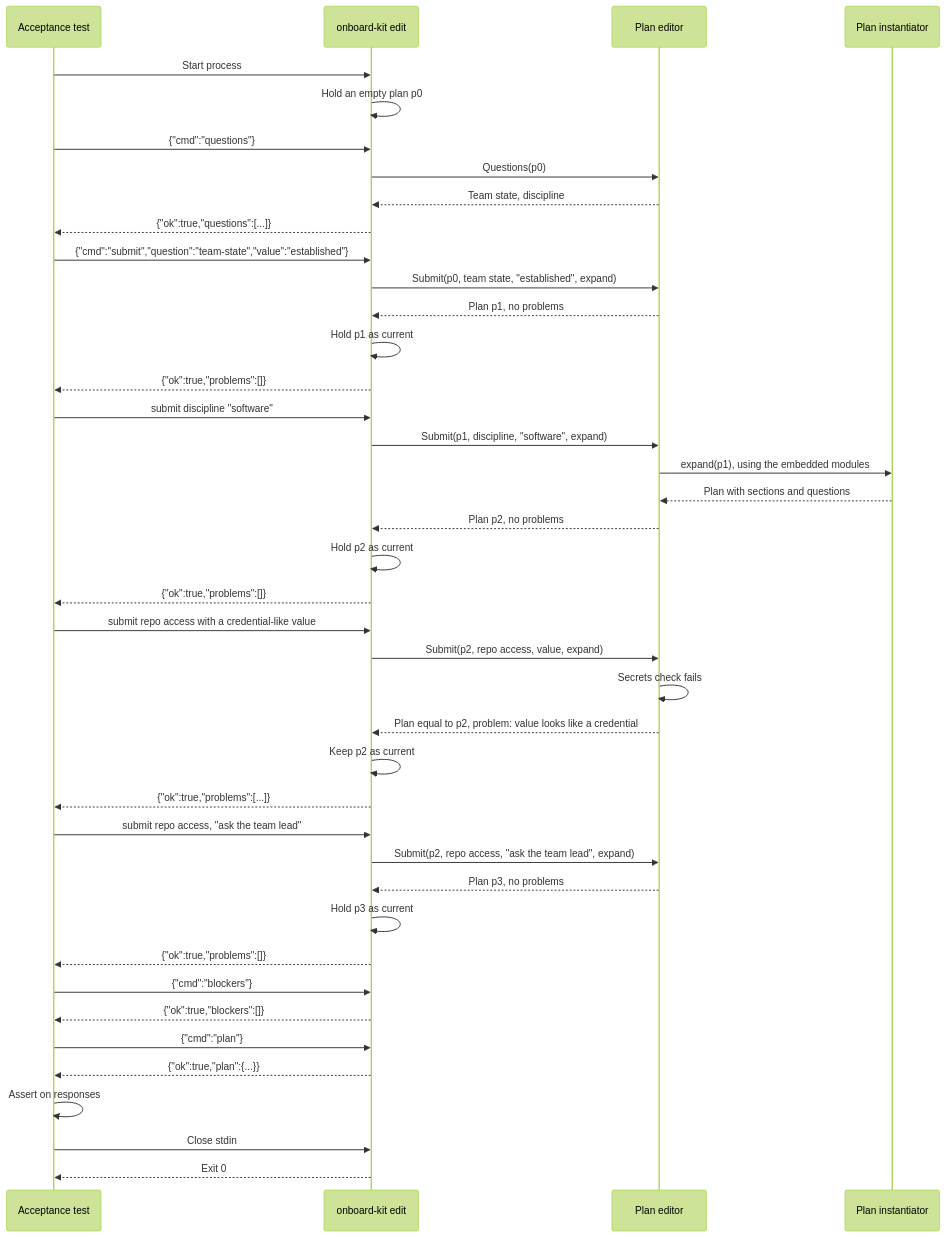
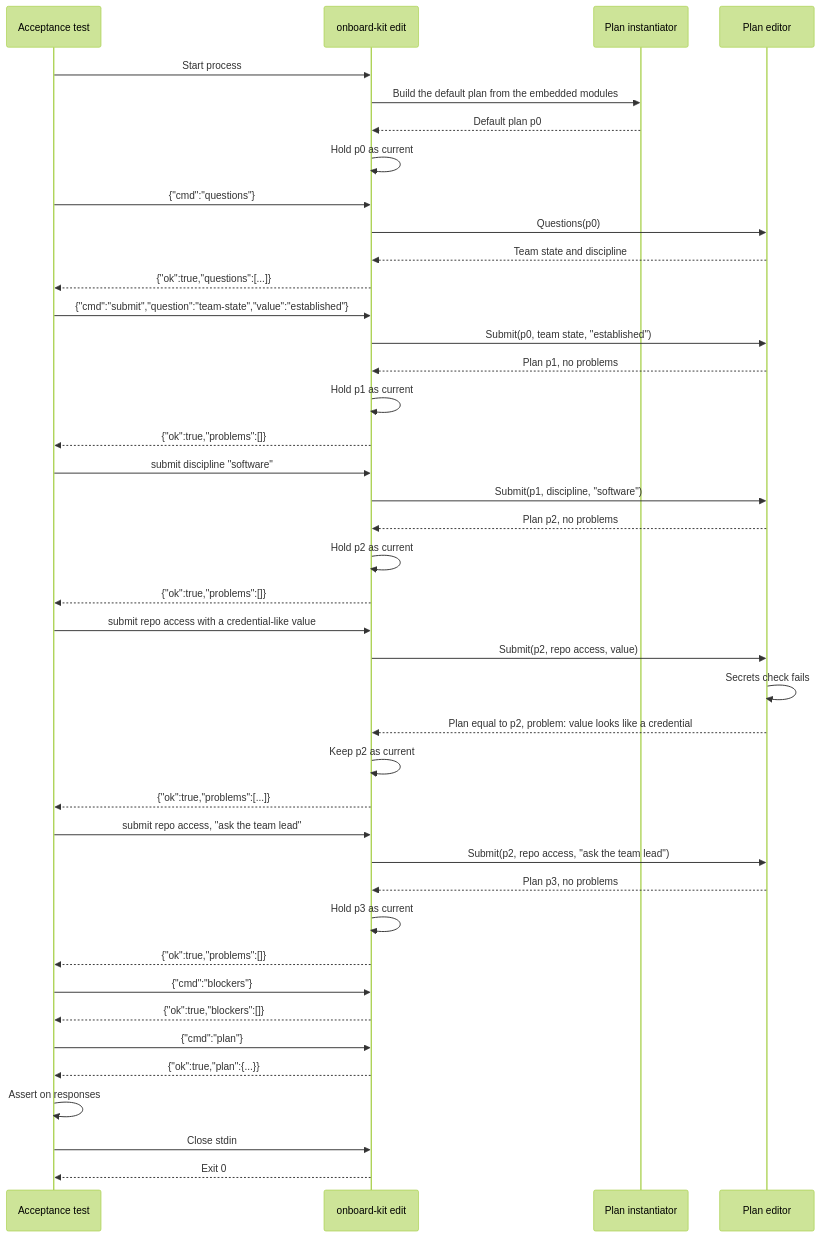
Before and after one commit to 8thlight-daveloper/onboard-kit: the second of 4 diagrams in docs/decisions/0010-plan-editor.md, drawn with Mermaid (forest theme). The commit also changed other lines of this file and 4 other files, not shown here.

Commit message:
Hold every module as a section in the plan and add format, versioning, and hash rules

````diff
--- a/docs/decisions/0010-plan-editor.md
+++ b/docs/decisions/0010-plan-editor.md
@@ -194,49 +190,49 @@
 ```mermaid
 sequenceDiagram
     participant A as Acceptance test
     participant P as onboard-kit edit
+    participant I as Plan instantiator
     participant E as Plan editor
-    participant I as Plan instantiator
 
     A->>P: Start process
-    P->>P: Hold an empty plan p0
+    P->>I: Build the default plan from the embedded modules
+    I-->>P: Default plan p0
+    P->>P: Hold p0 as current
 
     A->>P: {"cmd":"questions"}
     P->>E: Questions(p0)
-    E-->>P: Team state, discipline
+    E-->>P: Team state and discipline
     P-->>A: {"ok":true,"questions":[...]}
     A->>P: {"cmd":"submit","question":"team-state","value":"established"}
-    P->>E: Submit(p0, team state, "established", expand)
+    P->>E: Submit(p0, team state, "established")
     E-->>P: Plan p1, no problems
     P->>P: Hold p1 as current
     P-->>A: {"ok":true,"problems":[]}
 
     A->>P: submit discipline "software"
-    P->>E: Submit(p1, discipline, "software", expand)
-    E->>I: expand(p1), using the embedded modules
-    I-->>E: Plan with sections and questions
+    P->>E: Submit(p1, discipline, "software")
     E-->>P: Plan p2, no problems
     P->>P: Hold p2 as current
     P-->>A: {"ok":true,"problems":[]}
 
     A->>P: submit repo access with a credential-like value
-    P->>E: Submit(p2, repo access, value, expand)
+    P->>E: Submit(p2, repo access, value)
     E->>E: Secrets check fails
     E-->>P: Plan equal to p2, problem: value looks like a credential
     P->>P: Keep p2 as current
     P-->>A: {"ok":true,"problems":[...]}
 
     A->>P: submit repo access, "ask the team lead"
-    P->>E: Submit(p2, repo access, "ask the team lead", expand)
+    P->>E: Submit(p2, repo access, "ask the team lead")
     E-->>P: Plan p3, no problems
     P->>P: Hold p3 as current
     P-->>A: {"ok":true,"problems":[]}
 
     A->>P: {"cmd":"blockers"}
     P-->>A: {"ok":true,"blockers":[]}
     A->>P: {"cmd":"plan"}
     P-->>A: {"ok":true,"plan":{...}}
     A->>A: Assert on responses
     A->>P: Close stdin
     P-->>A: Exit 0
 ```
````
